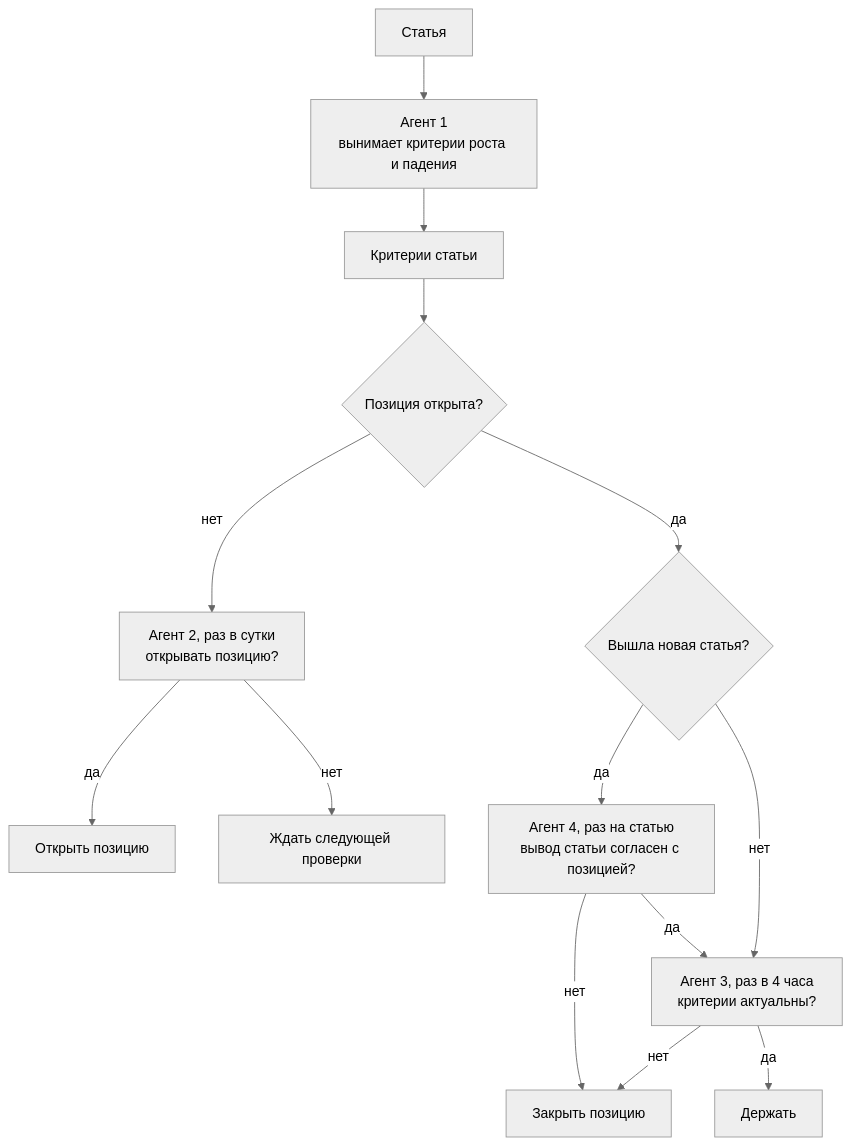
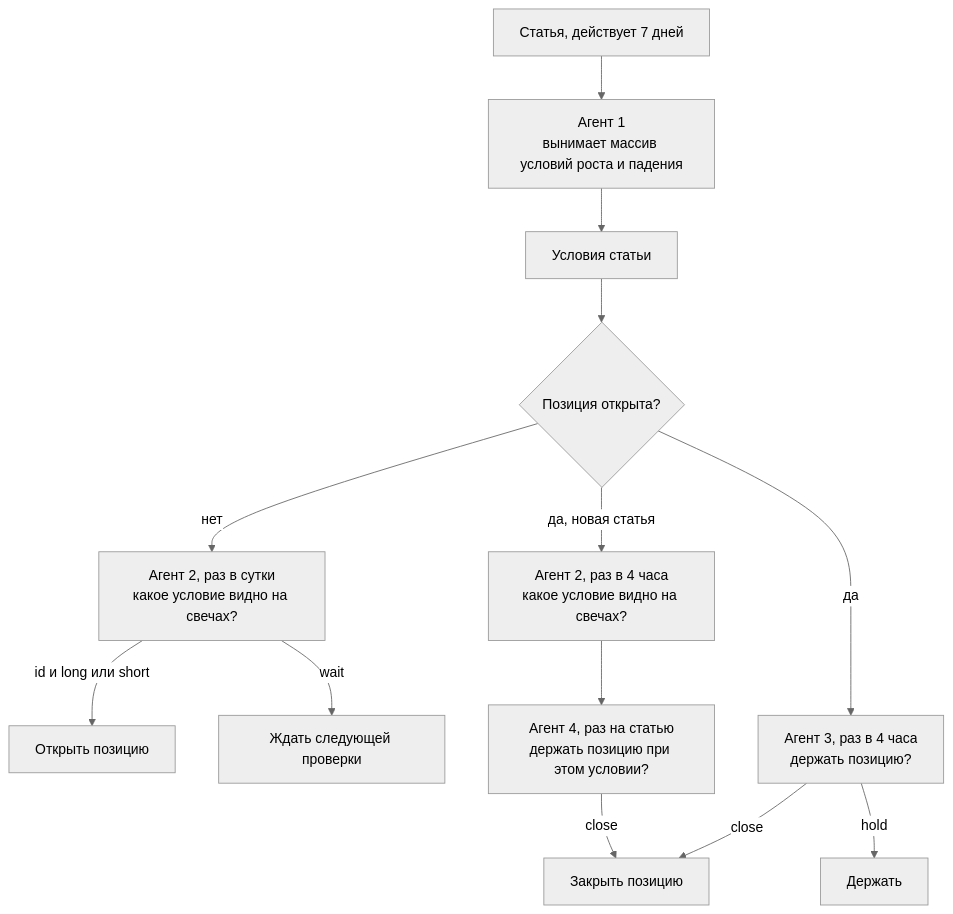
The diagram in docs/AGENT.md (backtest-kit/backtest-news-claims), drawn with Mermaid (neutral theme) before and after one commit. The commit also changed other lines of this file and 14 other files, not shown here.

````diff
--- a/docs/AGENT.md
+++ b/docs/AGENT.md
@@ -7,16 +7,15 @@
 ```mermaid
 flowchart TD
-    A["Статья"] --> L1["Агент 1<br/>вынимает критерии роста и падения"]
-    L1 --> C["Критерии статьи"]
+    A["Статья, действует 7 дней"] --> L1["Агент 1<br/>вынимает массив условий роста и падения"]
+    L1 --> C["Условия статьи"]
     C --> Q{"Позиция открыта?"}
-    Q -- нет --> L2["Агент 2, раз в сутки<br/>открывать позицию?"]
-    Q -- да --> N{"Вышла новая статья?"}
-    N -- да --> L4["Агент 4, раз на статью<br/>вывод статьи согласен с позицией?"]
-    N -- нет --> L3["Агент 3, раз в 4 часа<br/>критерии актуальны?"]
-    L4 -- нет --> X
-    L4 -- да --> L3
-    L2 -- да --> O["Открыть позицию"]
-    L2 -- нет --> W["Ждать следующей проверки"]
-    L3 -- нет --> X["Закрыть позицию"]
-    L3 -- да --> H["Держать"]
+    Q -- нет --> L2["Агент 2, раз в сутки<br/>какое условие видно на свечах?"]
+    L2 -- "id и long или short" --> O["Открыть позицию"]
+    L2 -- wait --> W["Ждать следующей проверки"]
+    Q -- да --> L3["Агент 3, раз в 4 часа<br/>держать позицию?"]
+    Q -- "да, новая статья" --> L2A["Агент 2, раз в 4 часа<br/>какое условие видно на свечах?"]
+    L2A --> L4["Агент 4, раз на статью<br/>держать позицию при этом условии?"]
+    L4 -- close --> X["Закрыть позицию"]
+    L3 -- close --> X
+    L3 -- hold --> H["Держать"]
 ```
````
